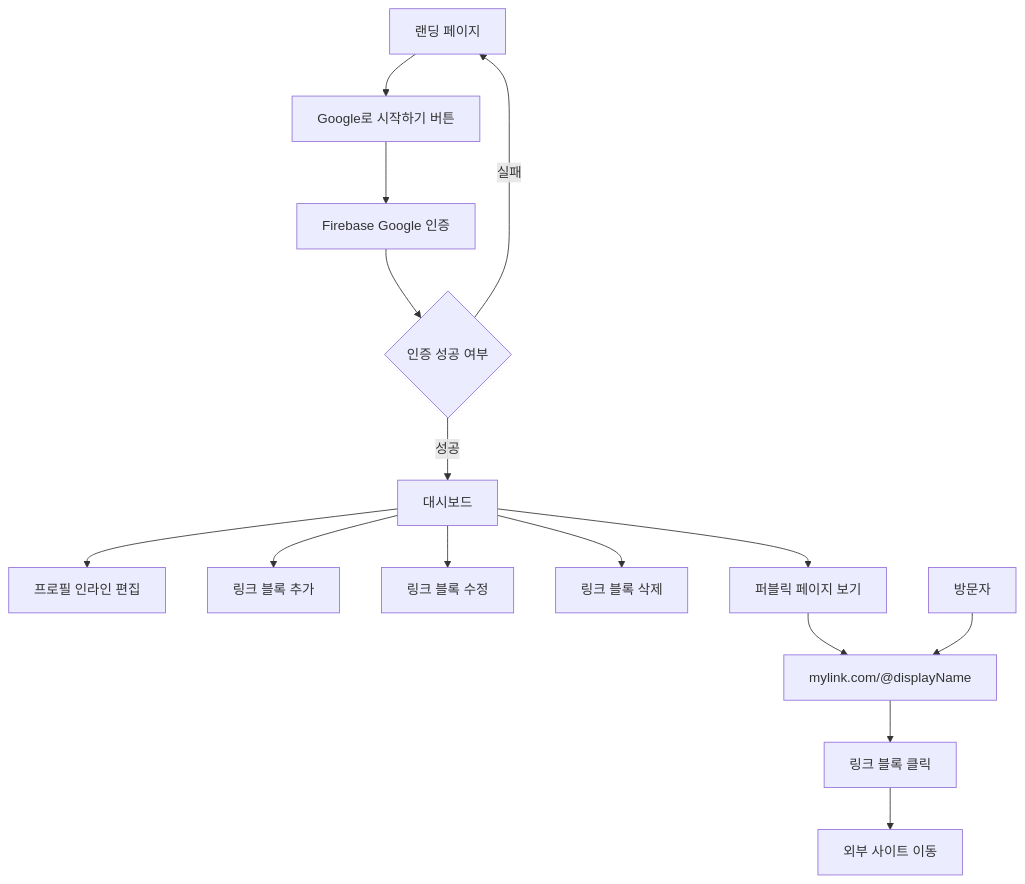
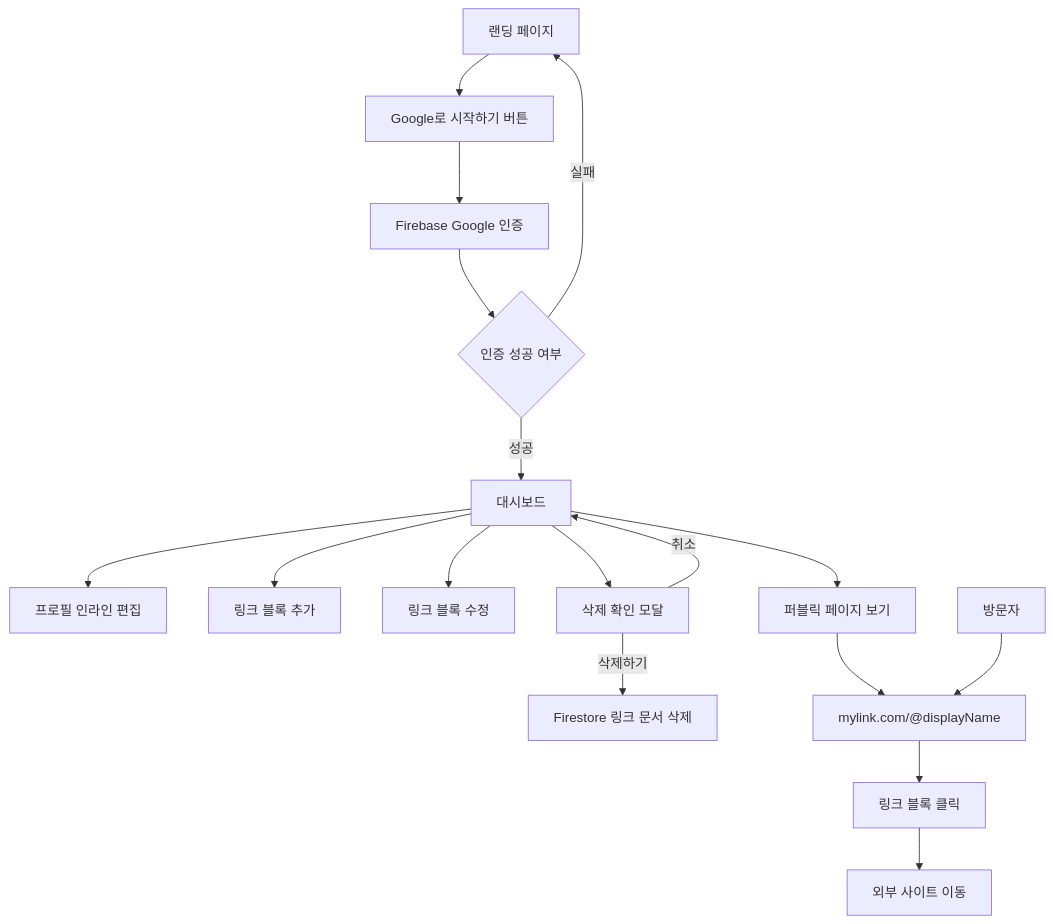
Before and after one commit to olivesch/my-link: the first of 13 diagrams in docs/Wireframe.md, drawn with Mermaid. The commit also changed other lines of this file and 6 other files, not shown here.

````diff
--- a/docs/Wireframe.md
+++ b/docs/Wireframe.md
@@ -15,17 +15,19 @@
 ```mermaid
 flowchart TD
   A["랜딩 페이지"] --> B["Google로 시작하기 버튼"]
   B --> C["Firebase Google 인증"]
   C --> D{"인증 성공 여부"}
   D -->|성공| E["대시보드"]
   D -->|실패| A
   E --> F["프로필 인라인 편집"]
   E --> G["링크 블록 추가"]
   E --> H["링크 블록 수정"]
-  E --> I["링크 블록 삭제"]
+  E --> I["삭제 확인 모달"]
+  I -->|삭제하기| O["Firestore 링크 문서 삭제"]
+  I -->|취소| E
   E --> J["퍼블릭 페이지 보기"]
   J --> K["mylink.com/@displayName"]
   L["방문자"] --> K
   K --> M["링크 블록 클릭"]
   M --> N["외부 사이트 이동"]
 ```
````
